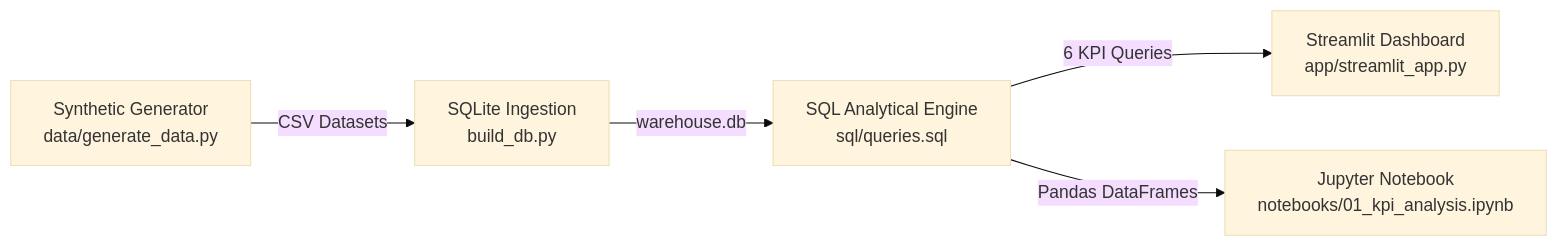
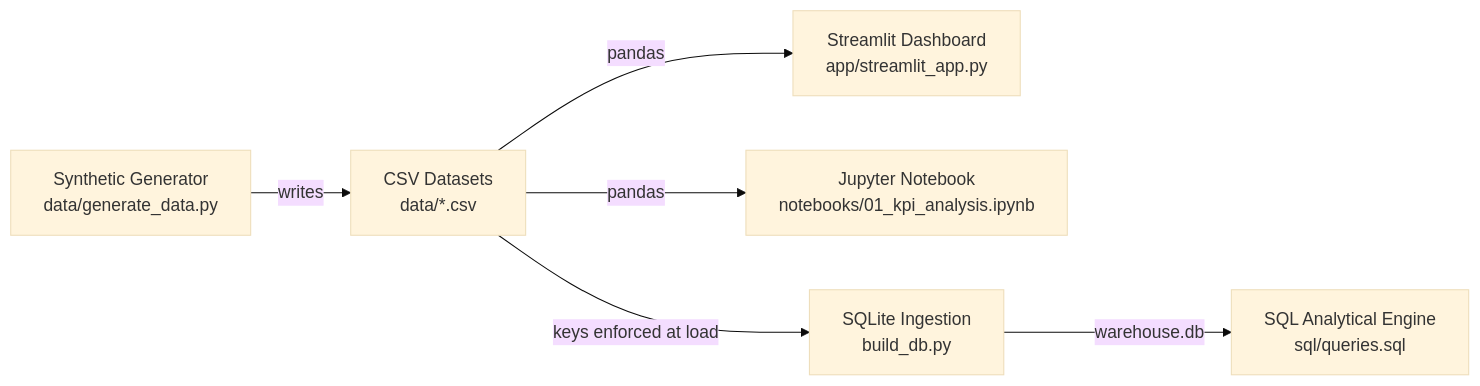
The diagram in README.md (nqwrc/warehouse-kpi-dashboard), drawn with Mermaid (base theme) before and after one commit. The commit also changed other lines of this file and 3 other files, not shown here.

First line of the commit message:
docs: describe the real data flow instead of the intended one

````diff
--- a/README.md
+++ b/README.md
@@ -16,7 +16,8 @@
 ```mermaid
 flowchart LR
-    A[Synthetic Generator\ndata/generate_data.py] -->|CSV Datasets| B[SQLite Ingestion\nbuild_db.py]
-    B -->|warehouse.db| C[SQL Analytical Engine\nsql/queries.sql]
-    C -->|6 KPI Queries| D[Streamlit Dashboard\napp/streamlit_app.py]
-    C -->|Pandas DataFrames| E[Jupyter Notebook\nnotebooks/01_kpi_analysis.ipynb]
+    A[Synthetic Generator\ndata/generate_data.py] -->|writes| B[CSV Datasets\ndata/*.csv]
+    B -->|pandas| C[Streamlit Dashboard\napp/streamlit_app.py]
+    B -->|pandas| D[Jupyter Notebook\nnotebooks/01_kpi_analysis.ipynb]
+    B -->|keys enforced at load| E[SQLite Ingestion\nbuild_db.py]
+    E -->|warehouse.db| F[SQL Analytical Engine\nsql/queries.sql]
 ```
````
